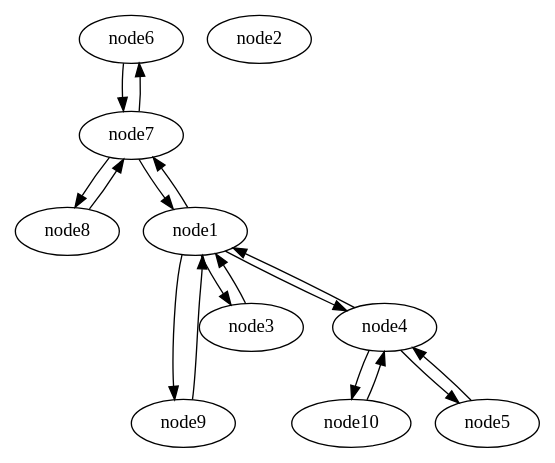
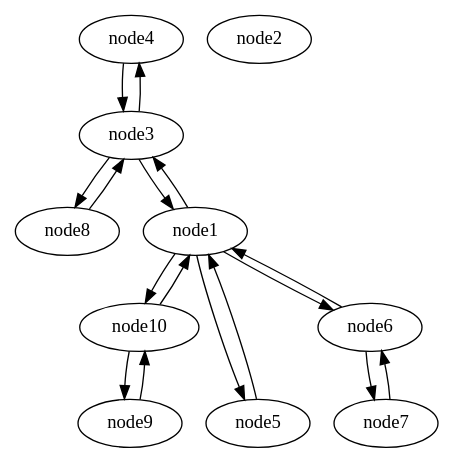
The diagram in tree.gv (c12s/plumtree), drawn with Graphviz before and after one commit. The commit also changed 2 other files, not shown here.

```diff
--- a/tree.gv
+++ b/tree.gv
@@ -1,56 +1,56 @@
 strict digraph {
 
 
-	"node6" [  weight=0 ];
+	"node4" [  weight=0 ];
 
-	"node6" -> "node7" [  weight=0 ];
+	"node4" -> "node3" [  weight=0 ];
 
 	"node8" [  weight=0 ];
 
-	"node8" -> "node7" [  weight=0 ];
+	"node8" -> "node3" [  weight=0 ];
+
+	"node10" [  weight=0 ];
+
+	"node10" -> "node9" [  weight=0 ];
+
+	"node10" -> "node1" [  weight=0 ];
 
 	"node1" [  weight=0 ];
 
-	"node1" -> "node9" [  weight=0 ];
-
 	"node1" -> "node3" [  weight=0 ];
 
-	"node1" -> "node4" [  weight=0 ];
+	"node1" -> "node5" [  weight=0 ];
 
-	"node1" -> "node7" [  weight=0 ];
+	"node1" -> "node6" [  weight=0 ];
+
+	"node1" -> "node10" [  weight=0 ];
+
+	"node7" [  weight=0 ];
+
+	"node7" -> "node6" [  weight=0 ];
+
+	"node9" [  weight=0 ];
+
+	"node9" -> "node10" [  weight=0 ];
 
 	"node2" [  weight=0 ];
-
-	"node10" [  weight=0 ];
-
-	"node10" -> "node4" [  weight=0 ];
 
 	"node3" [  weight=0 ];
 
 	"node3" -> "node1" [  weight=0 ];
 
-	"node4" [  weight=0 ];
+	"node3" -> "node4" [  weight=0 ];
 
-	"node4" -> "node1" [  weight=0 ];
-
-	"node4" -> "node5" [  weight=0 ];
-
-	"node4" -> "node10" [  weight=0 ];
-
-	"node7" [  weight=0 ];
-
-	"node7" -> "node1" [  weight=0 ];
-
-	"node7" -> "node8" [  weight=0 ];
-
-	"node7" -> "node6" [  weight=0 ];
-
-	"node9" [  weight=0 ];
-
-	"node9" -> "node1" [  weight=0 ];
+	"node3" -> "node8" [  weight=0 ];
 
 	"node5" [  weight=0 ];
 
-	"node5" -> "node4" [  weight=0 ];
+	"node5" -> "node1" [  weight=0 ];
+
+	"node6" [  weight=0 ];
+
+	"node6" -> "node1" [  weight=0 ];
+
+	"node6" -> "node7" [  weight=0 ];
 
 }
```
